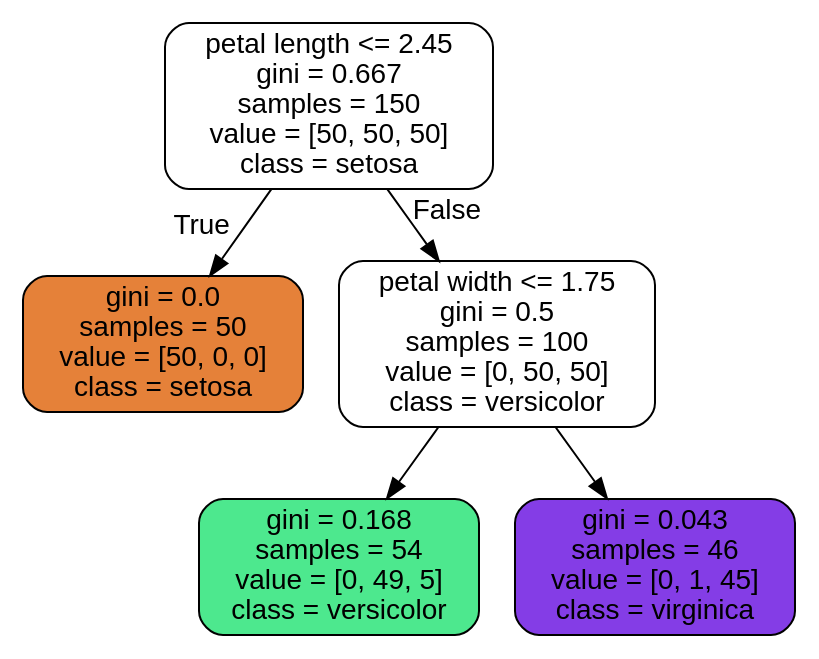
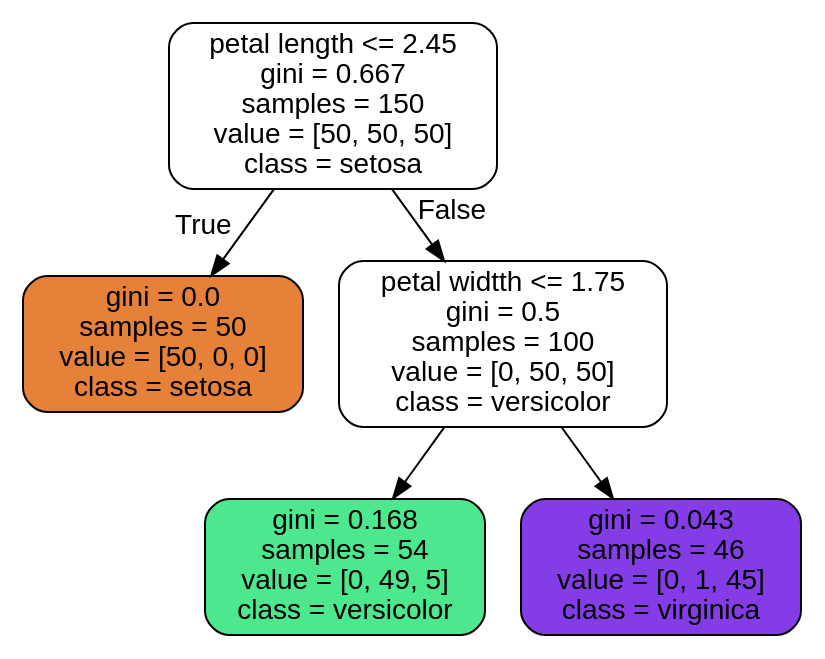
The diagram in day2/iris_tree.dot (4kang0624/numpyStudy), drawn with Graphviz before and after one commit. The commit also changed 5 other files, not shown here.

```diff
--- a/day2/iris_tree.dot
+++ b/day2/iris_tree.dot
@@ -1,13 +1,13 @@
 digraph Tree {
 node [shape=box, style="filled, rounded", color="black", fontname=helvetica] ;
 edge [fontname=helvetica] ;
 0 [label="petal length <= 2.45\ngini = 0.667\nsamples = 150\nvalue = [50, 50, 50]\nclass = setosa", fillcolor="#ffffff"] ;
 1 [label="gini = 0.0\nsamples = 50\nvalue = [50, 0, 0]\nclass = setosa", fillcolor="#e58139"] ;
 0 -> 1 [labeldistance=2.5, labelangle=45, headlabel="True"] ;
-2 [label="petal width <= 1.75\ngini = 0.5\nsamples = 100\nvalue = [0, 50, 50]\nclass = versicolor", fillcolor="#ffffff"] ;
+2 [label="petal widtth <= 1.75\ngini = 0.5\nsamples = 100\nvalue = [0, 50, 50]\nclass = versicolor", fillcolor="#ffffff"] ;
 0 -> 2 [labeldistance=2.5, labelangle=-45, headlabel="False"] ;
 3 [label="gini = 0.168\nsamples = 54\nvalue = [0, 49, 5]\nclass = versicolor", fillcolor="#4de88e"] ;
 2 -> 3 ;
 4 [label="gini = 0.043\nsamples = 46\nvalue = [0, 1, 45]\nclass = virginica", fillcolor="#843de6"] ;
 2 -> 4 ;
 }
```
